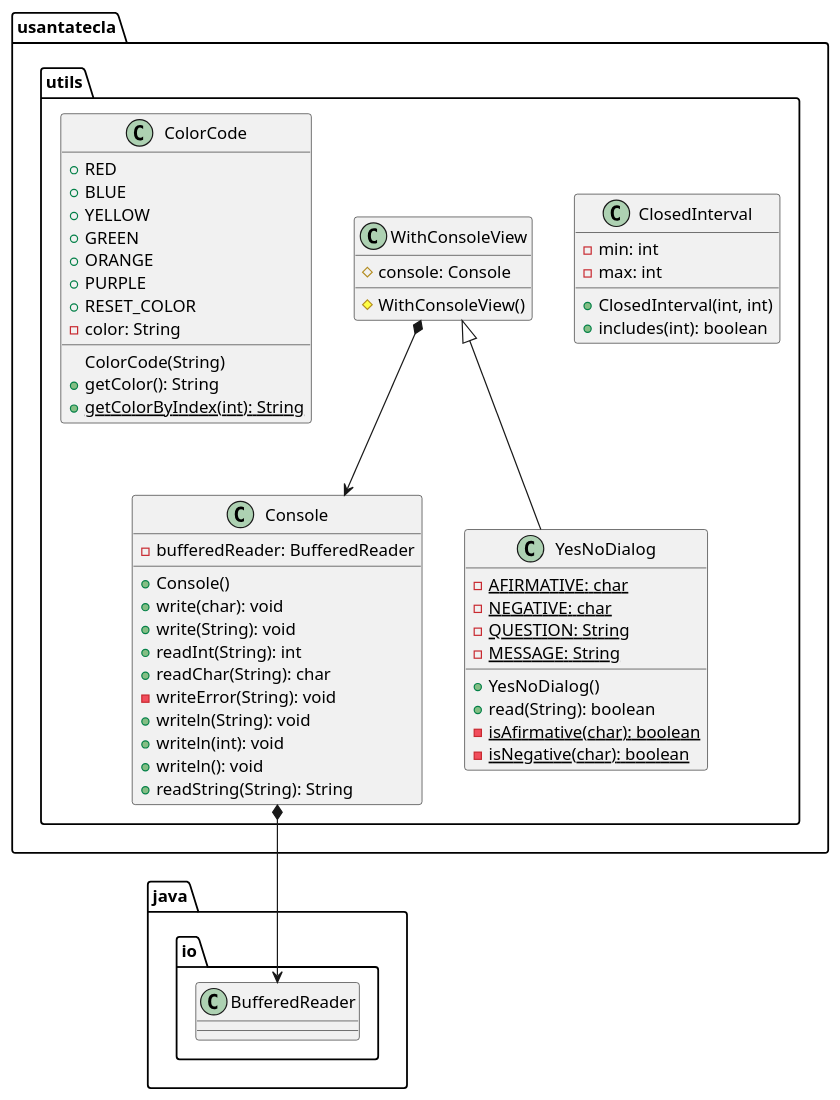
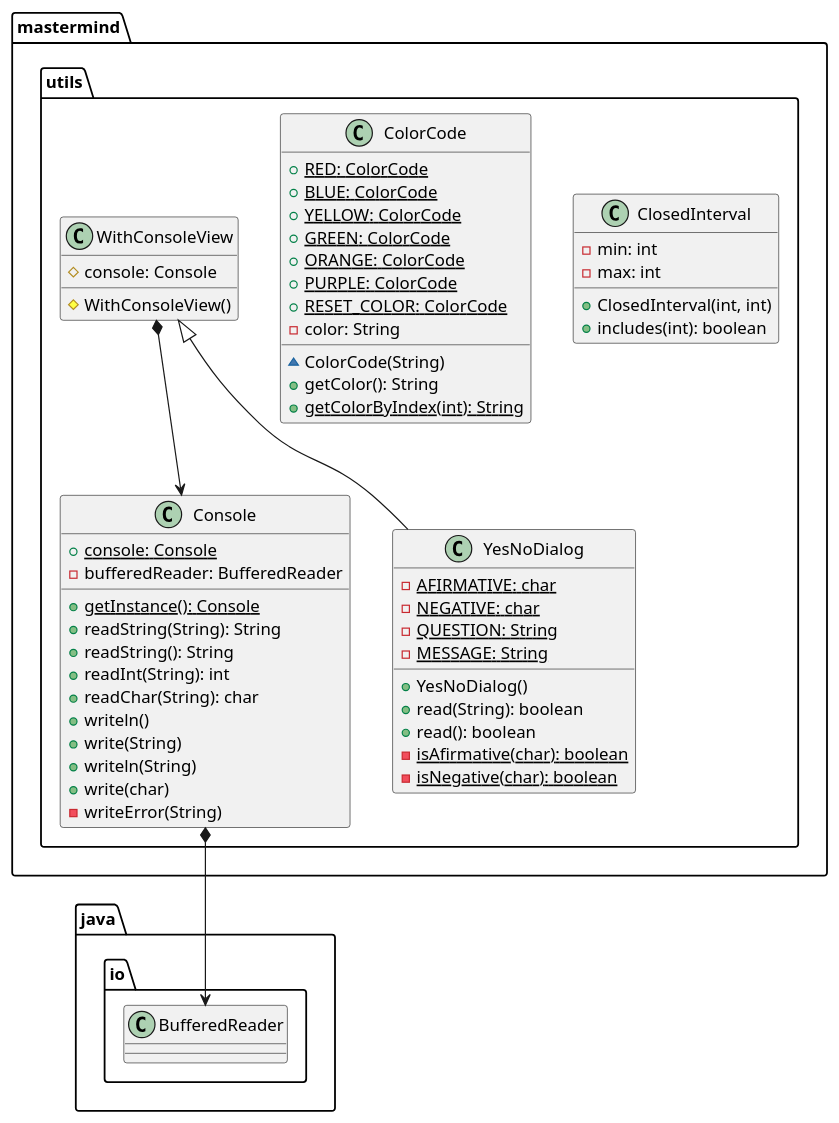
The second of 2 diagrams in domainModel/docs/diagrams/src/paquetes.plantuml (SantaTecla-mastermind/solution.java.swing.socket.sql), drawn with PlantUML before and after one commit. The commit also changed other lines of this file and 2 other files, not shown here.

Commit message:
DomainModel diagrams updated #1

```diff
--- a/domainModel/docs/diagrams/src/paquetes.plantuml
+++ b/domainModel/docs/diagrams/src/paquetes.plantuml
@@ -147,56 +147,57 @@
 @startuml usantatecla.utils
-class  usantatecla.utils.ClosedInterval{
+class  mastermind.utils.ClosedInterval{
 - min: int
 - max: int
 + ClosedInterval(int, int)
 + includes(int): boolean
 }
 
-class  usantatecla.utils.Console{
+class  mastermind.utils.ColorCode{
++ {static} RED: ColorCode
++ {static} BLUE: ColorCode
++ {static} YELLOW: ColorCode
++ {static} GREEN: ColorCode
++ {static} ORANGE: ColorCode
++ {static} PURPLE: ColorCode
++ {static} RESET_COLOR: ColorCode
+- color: String
+~ ColorCode(String)
++ getColor(): String
++ {static} getColorByIndex(int): String
+}
+
+class  mastermind.utils.Console{
++ {static} console: Console
 - bufferedReader: BufferedReader
-+ Console()
-+ write(char): void
-+ write(String): void
++ {static} getInstance(): Console
++ readString(String): String
++ readString(): String
 + readInt(String): int
 + readChar(String): char
-- writeError(String): void
-+ writeln(String): void
-+ writeln(int): void
-+ writeln(): void
-+ readString(String): String
++ writeln()
++ write(String)
++ writeln(String)
++ write(char)
+- writeError(String)
 }
-usantatecla.utils.Console *-down-> java.io.BufferedReader
+mastermind.utils.Console *-down-> java.io.BufferedReader
 
-class  usantatecla.utils.WithConsoleView{
+class  mastermind.utils.WithConsoleView{
 # console: Console
 # WithConsoleView()
 }
-usantatecla.utils.WithConsoleView *-down-> usantatecla.utils.Console
+mastermind.utils.WithConsoleView *-down-> mastermind.utils.Console
 
-class  usantatecla.utils.YesNoDialog{
+class  mastermind.utils.YesNoDialog{
 - {static} AFIRMATIVE: char
 - {static} NEGATIVE: char
 - {static} QUESTION: String
 - {static} MESSAGE: String
 + YesNoDialog()
 + read(String): boolean
++ read(): boolean
 - {static} isAfirmative(char): boolean
 - {static} isNegative(char): boolean
 }
-
-class  usantatecla.utils.ColorCode{
-	+ RED
-    + BLUE
-    + YELLOW
-    + GREEN
-    + ORANGE
-    + PURPLE
-    + RESET_COLOR
-    - color: String
-    ColorCode(String)
-    + getColor(): String 
-    + {static} getColorByIndex(int): String 
-}
-
-usantatecla.utils.WithConsoleView <|-down- usantatecla.utils.YesNoDialog
+mastermind.utils.WithConsoleView <|-down- mastermind.utils.YesNoDialog
 @enduml
```
